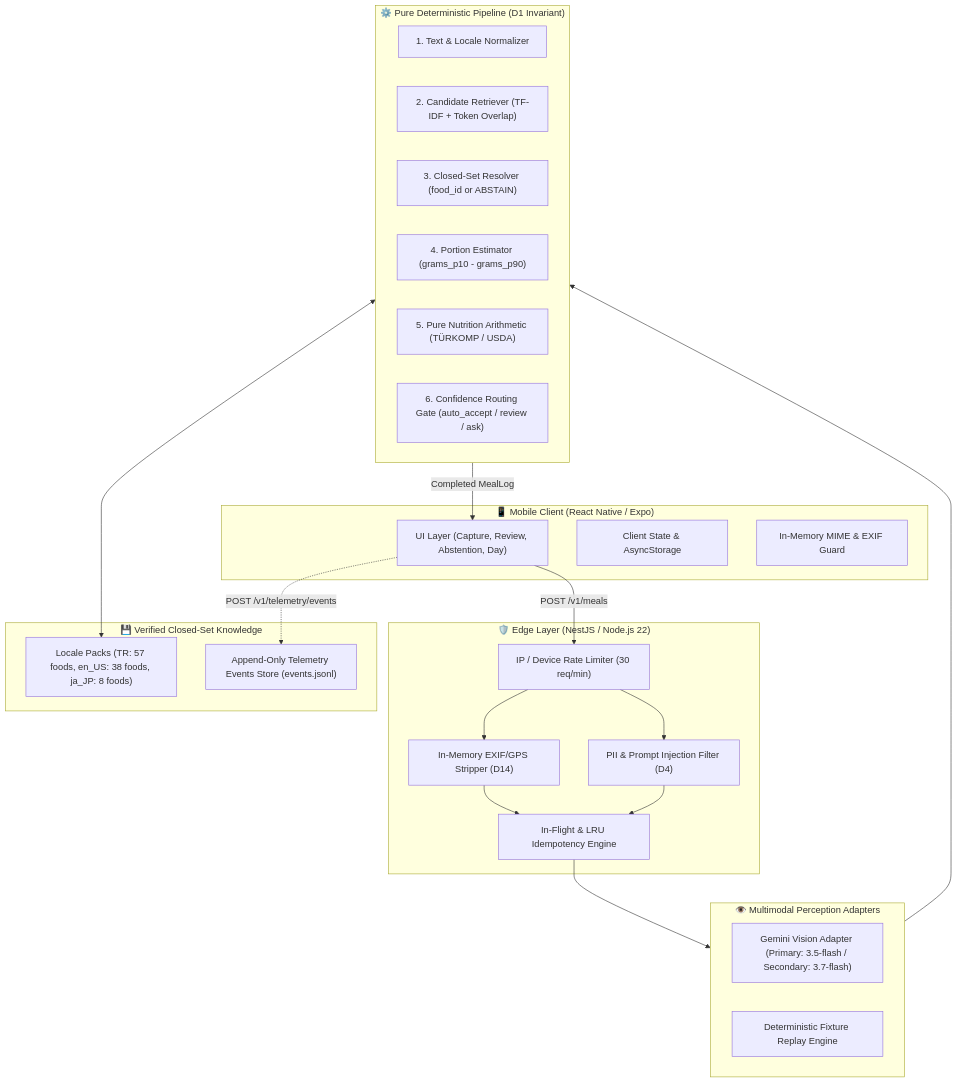
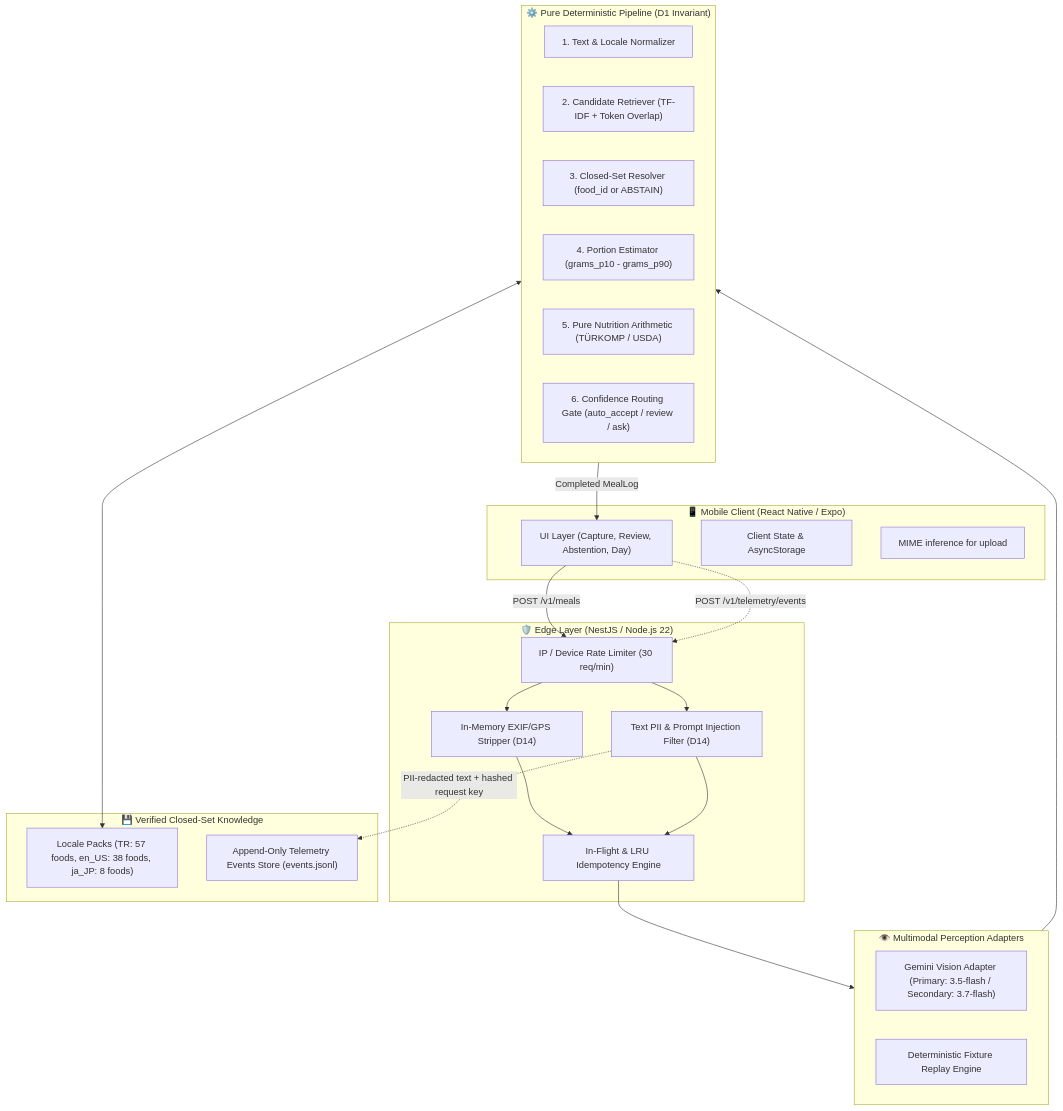
Before and after one commit to zexy2/mealog-case-study: the first of 6 diagrams in docs/architecture.md, drawn with Mermaid. The commit also changed other lines of this file and 26 other files, not shown here.

````diff
--- a/docs/architecture.md
+++ b/docs/architecture.md
@@ -11,45 +13,46 @@
 ```mermaid
 flowchart TD
     subgraph Client["📱 Mobile Client (React Native / Expo)"]
         UI["UI Layer (Capture, Review, Abstention, Day)"]
         ClientState["Client State & AsyncStorage"]
-        MimeDetector["In-Memory MIME & EXIF Guard"]
+        MimeDetector["MIME inference for upload"]
     end
 
     subgraph Edge["🛡️ Edge Layer (NestJS / Node.js 22)"]
         RateLimiter["IP / Device Rate Limiter (30 req/min)"]
         ImageSanitizer["In-Memory EXIF/GPS Stripper (D14)"]
-        PiiSanitizer["PII & Prompt Injection Filter (D4)"]
+        PiiSanitizer["Text PII & Prompt Injection Filter (D14)"]
         Idempotency["In-Flight & LRU Idempotency Engine"]
     end
 
     subgraph Perception["👁️ Multimodal Perception Adapters"]
         GeminiAdapter["Gemini Vision Adapter (Primary: 3.5-flash / Secondary: 3.7-flash)"]
         FixtureAdapter["Deterministic Fixture Replay Engine"]
     end
 
     subgraph Pipeline["⚙️ Pure Deterministic Pipeline (D1 Invariant)"]
         Normalize["1. Text & Locale Normalizer"]
         Retrieve["2. Candidate Retriever (TF-IDF + Token Overlap)"]
         Resolve["3. Closed-Set Resolver (food_id or ABSTAIN)"]
         Portion["4. Portion Estimator (grams_p10 - grams_p90)"]
         Nutrition["5. Pure Nutrition Arithmetic (TÜRKOMP / USDA)"]
         Gate["6. Confidence Routing Gate (auto_accept / review / ask)"]
     end
 
     subgraph Storage["💾 Verified Closed-Set Knowledge"]
         LocalePacks["Locale Packs (TR: 57 foods, en_US: 38 foods, ja_JP: 8 foods)"]
         TelemetryStore["Append-Only Telemetry Events Store (events.jsonl)"]
     end
 
     UI -->|POST /v1/meals| RateLimiter
     RateLimiter --> ImageSanitizer
     RateLimiter --> PiiSanitizer
     ImageSanitizer --> Idempotency
     PiiSanitizer --> Idempotency
     Idempotency --> Perception
     Perception --> Pipeline
     Pipeline <--> LocalePacks
     Pipeline -->|Completed MealLog| UI
-    UI -.->|POST /v1/telemetry/events| TelemetryStore
+    UI -.->|POST /v1/telemetry/events| RateLimiter
+    PiiSanitizer -.->|PII-redacted text + hashed request key| TelemetryStore
 ```
````
